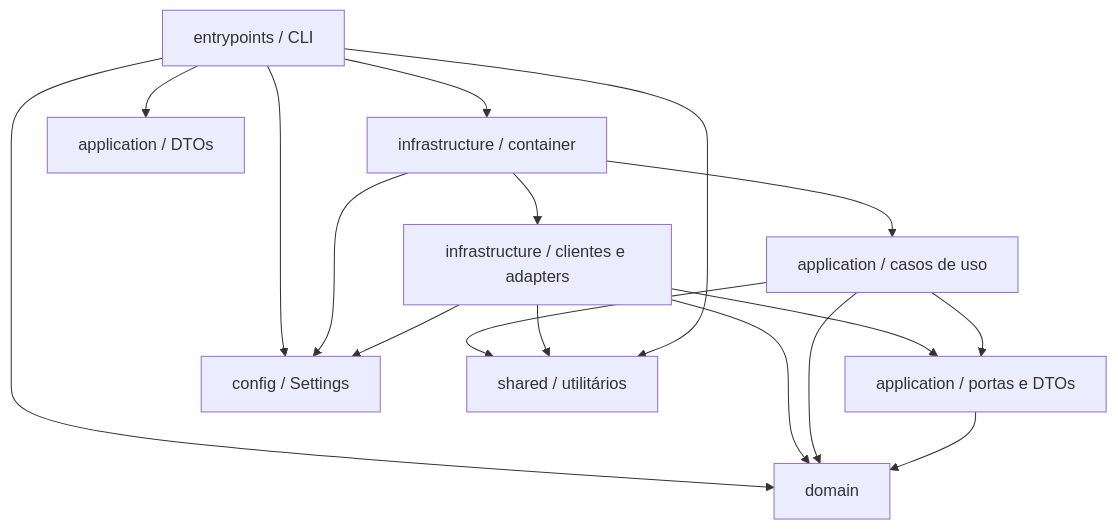
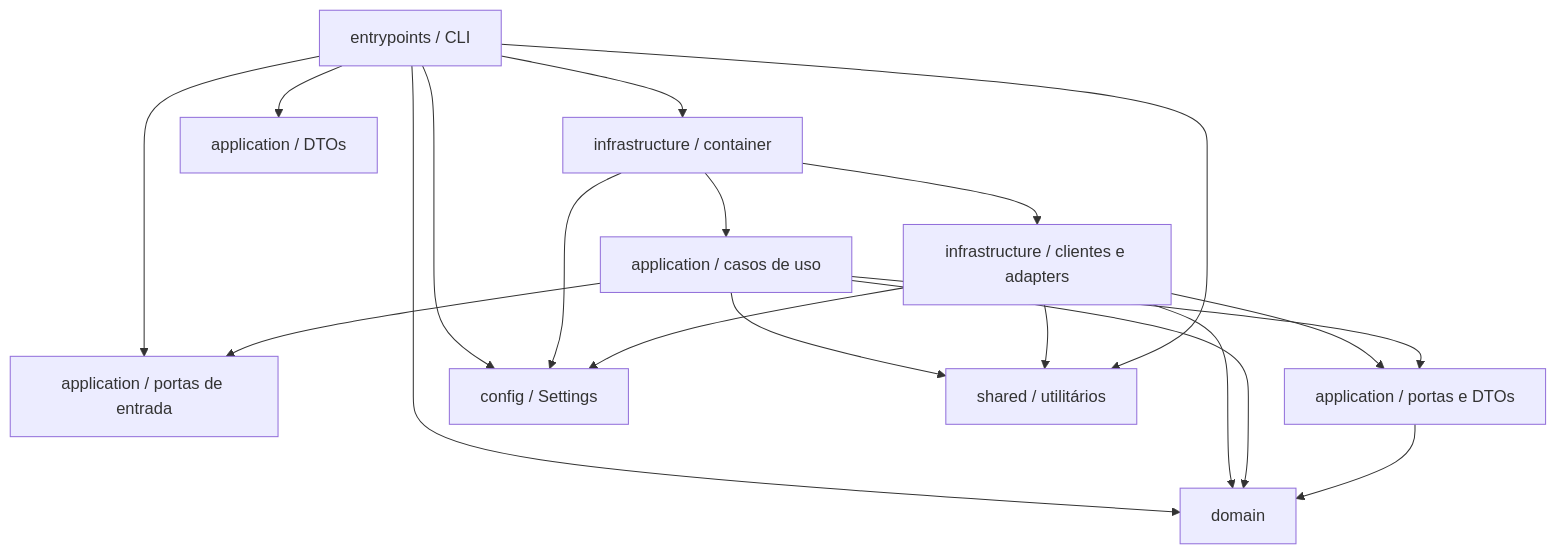
Before and after one commit to IMNascimento/VoxRadar_technical_challenges: the first of 5 diagrams in docs/internals/architecture.md, drawn with Mermaid. The commit also changed other lines of this file and 3 other files, not shown here.

Commit message:
docs: document input ports and pure pagination policy

````diff
--- a/docs/internals/architecture.md
+++ b/docs/internals/architecture.md
@@ -109,19 +111,21 @@
 ```mermaid
 flowchart TD
     CLI[entrypoints / CLI] --> Container[infrastructure / container]
     CLI --> Dtos[application / DTOs]
+    CLI --> InputPorts[application / portas de entrada]
     CLI --> Domain[domain]
     Container --> UseCases[application / casos de uso]
     Container --> Adapters[infrastructure / clientes e adapters]
     Adapters --> Ports[application / portas e DTOs]
     Adapters --> Domain
     UseCases --> Ports
+    UseCases --> InputPorts
     UseCases --> Domain
     Ports --> Domain
     CLI --> Config[config / Settings]
     Container --> Config
     Adapters --> Config
     UseCases --> Shared[shared / utilitários]
     Adapters --> Shared
     CLI --> Shared
 ```
````
